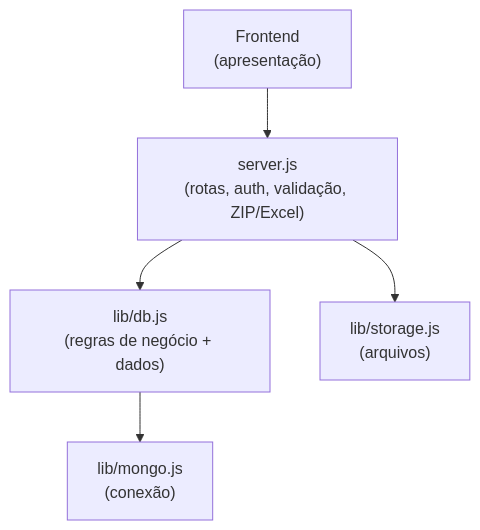
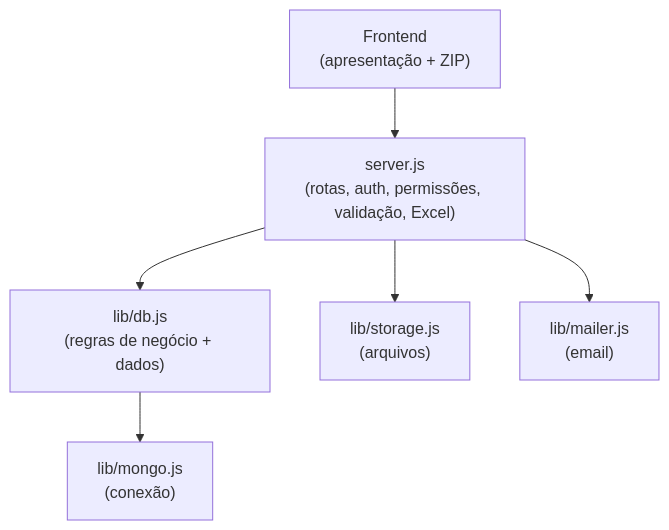
Before and after one commit to Vaniteux2006/pdv_memphis: the second of 2 diagrams in docs/06-uml-componentes.md, drawn with Mermaid. The commit also changed other lines of this file and 10 other files, not shown here.

````diff
--- a/docs/06-uml-componentes.md
+++ b/docs/06-uml-componentes.md
@@ -79,7 +79,8 @@
 ```mermaid
 flowchart TD
-  F["Frontend<br/>(apresentação)"] --> SV["server.js<br/>(rotas, auth, validação, ZIP/Excel)"]
+  F["Frontend<br/>(apresentação + ZIP)"] --> SV["server.js<br/>(rotas, auth, permissões, validação, Excel)"]
   SV --> DB["lib/db.js<br/>(regras de negócio + dados)"]
   SV --> ST["lib/storage.js<br/>(arquivos)"]
+  SV --> ML["lib/mailer.js<br/>(email)"]
   DB --> MG["lib/mongo.js<br/>(conexão)"]
 ```
````
